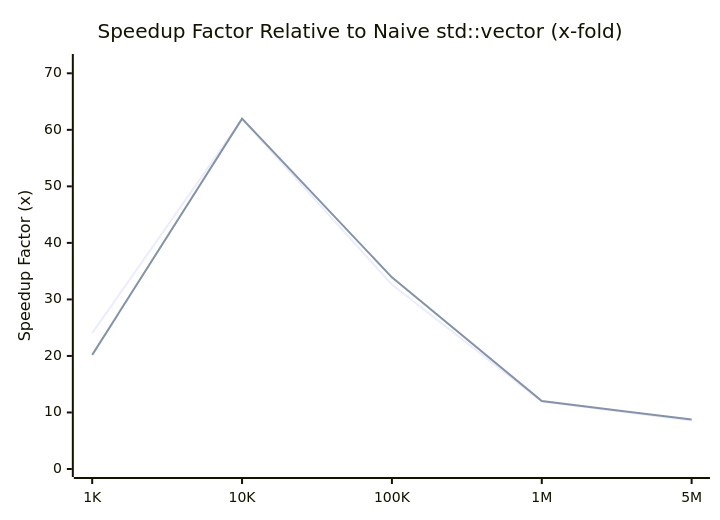
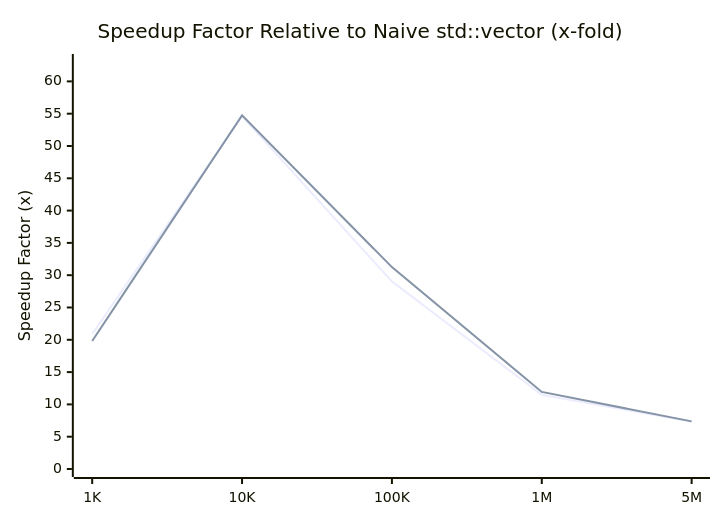
Before and after one commit to maithreyanprabhu2907-prog/Vector: the second of 2 diagrams in README.md, drawn with Mermaid. The commit also changed other lines of this file and 9 other files, not shown here.

````diff
--- a/README.md
+++ b/README.md
@@ -126,8 +199,8 @@
 ```mermaid
 xychart-beta
     title "Speedup Factor Relative to Naive std::vector (x-fold)"
     x-axis ["1K", "10K", "100K", "1M", "5M"]
-    y-axis "Speedup Factor (x)" 0 --> 72
-    line [24.03, 61.90, 32.63, 11.95, 8.57]
-    line [20.19, 61.98, 33.90, 12.03, 8.74]
+    y-axis "Speedup Factor (x)" 0 --> 63
+    line [20.88, 54.62, 29.04, 11.47, 7.34]
+    line [19.81, 54.74, 31.25, 11.93, 7.37]
 ```
````
